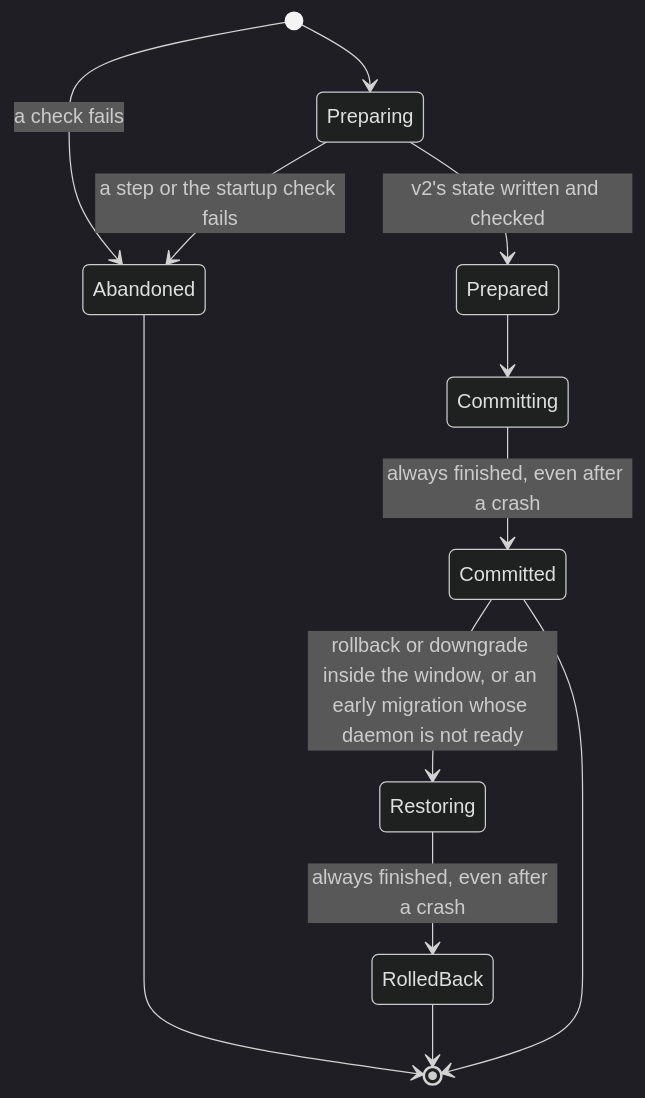
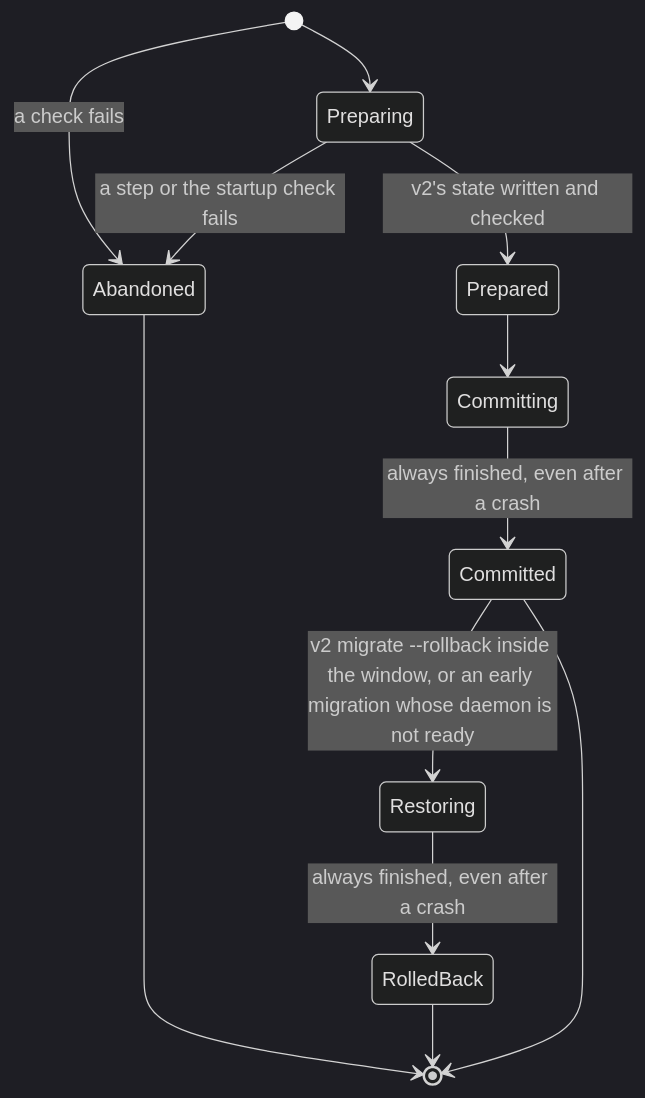
The fourth of 6 diagrams in designs/agent-v2/10-migration-from-v1.md (Azure/unbounded), drawn with Mermaid (dark theme) before and after one commit. The commit also changed other lines of this file and 7 other files, not shown here.

````diff
--- a/designs/agent-v2/10-migration-from-v1.md
+++ b/designs/agent-v2/10-migration-from-v1.md
@@ -270,14 +271,14 @@
 ```mermaid
 stateDiagram-v2
   [*] --> Preparing
   [*] --> Abandoned: a check fails
   Preparing --> Prepared: v2's state written and checked
   Preparing --> Abandoned: a step or the startup check fails
   Prepared --> Committing
   Committing --> Committed: always finished, even after a crash
-  Committed --> Restoring: rollback or downgrade inside the window, or an early migration whose daemon is not ready
+  Committed --> Restoring: v2 migrate --rollback inside the window, or an early migration whose daemon is not ready
   Restoring --> RolledBack: always finished, even after a crash
   Abandoned --> [*]
   RolledBack --> [*]
   Committed --> [*]
 ```
````
